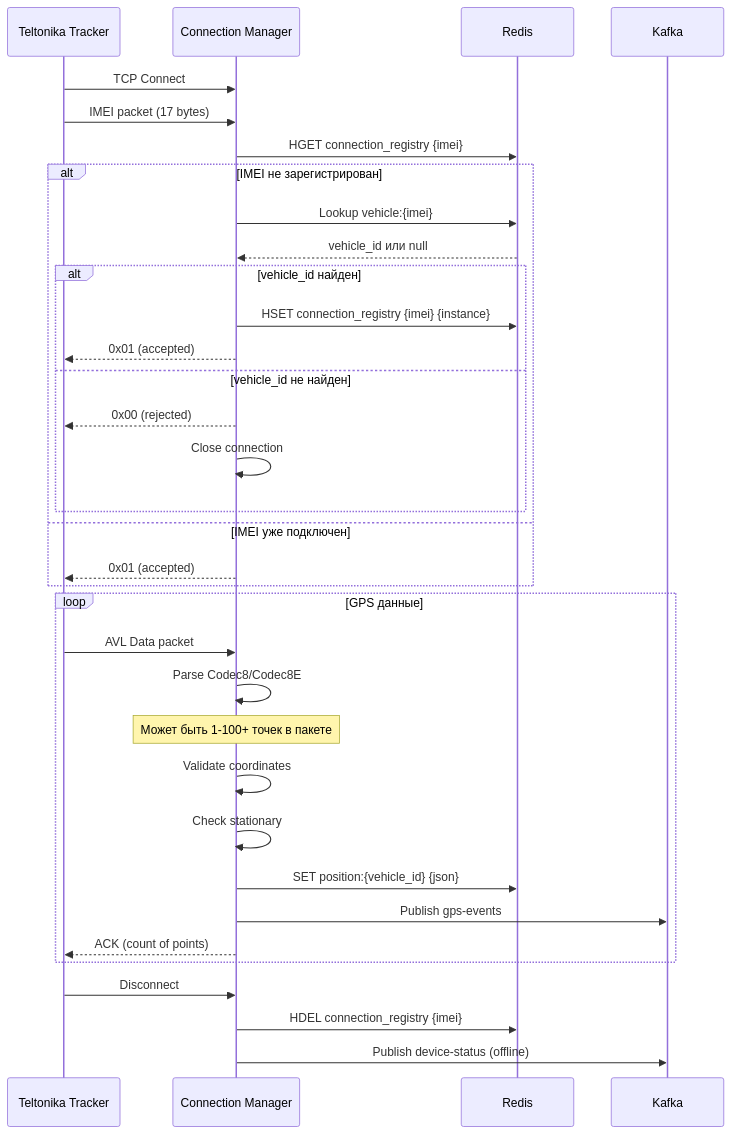
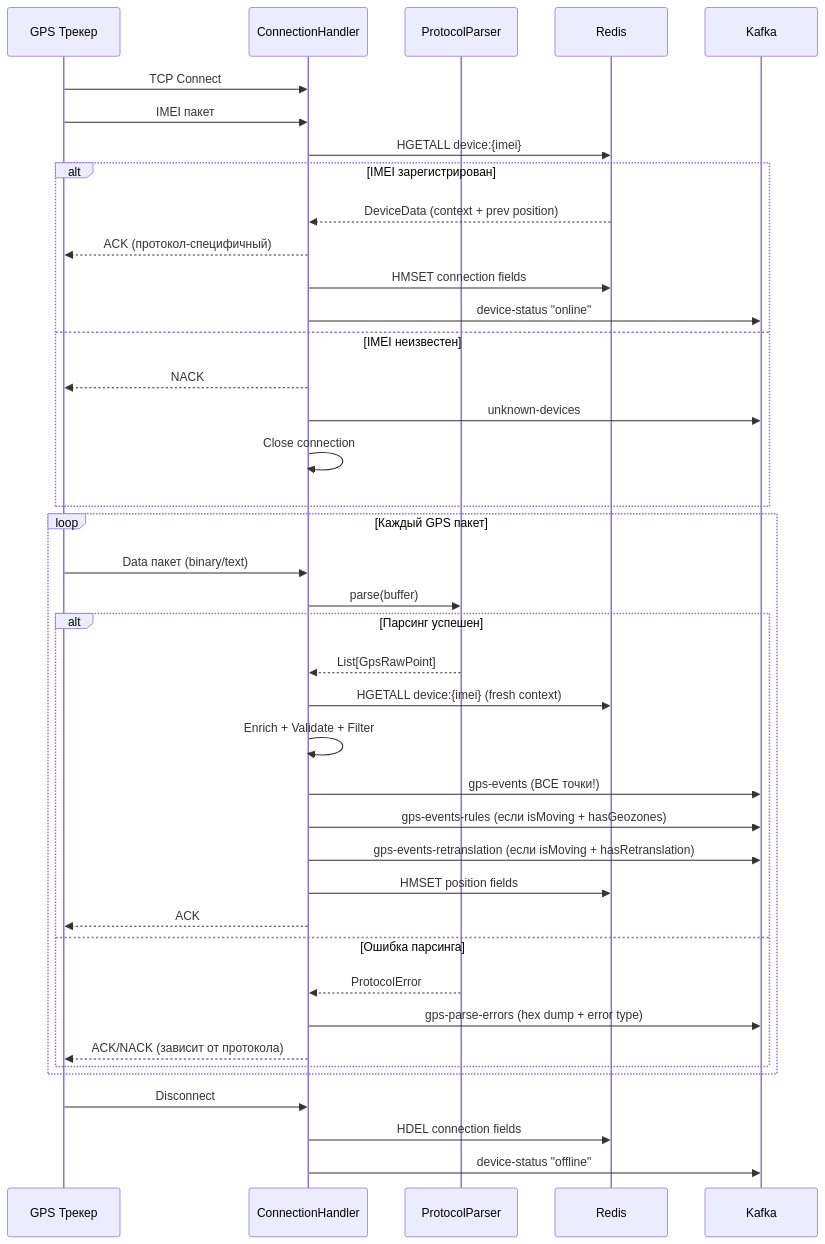
Before and after one commit to revarewerd/wayrecall-tracker-system: the second of 11 diagrams in docs/services/CONNECTION_MANAGER.md, drawn with Mermaid. The commit also changed other lines of this file and 606 other files, not shown here.

````diff
--- a/docs/services/CONNECTION_MANAGER.md
+++ b/docs/services/CONNECTION_MANAGER.md
@@ -311,40 +129,47 @@
 ```mermaid
 sequenceDiagram
-    participant T as Teltonika Tracker
-    participant CM as Connection Manager
+    participant T as GPS Трекер
+    participant CM as ConnectionHandler
+    participant P as ProtocolParser
     participant R as Redis
     participant K as Kafka
 
     T->>CM: TCP Connect
-    T->>CM: IMEI packet (17 bytes)
-    CM->>R: HGET connection_registry {imei}
+    T->>CM: IMEI пакет
+    CM->>R: HGETALL device:{imei}
     
-    alt IMEI не зарегистрирован
-        CM->>R: Lookup vehicle:{imei}
-        R-->>CM: vehicle_id или null
-        alt vehicle_id найден
-            CM->>R: HSET connection_registry {imei} {instance}
-            CM-->>T: 0x01 (accepted)
-        else vehicle_id не найден
-            CM-->>T: 0x00 (rejected)
-            CM->>CM: Close connection
-        end
-    else IMEI уже подключен
-        CM-->>T: 0x01 (accepted)
+    alt IMEI зарегистрирован
+        R-->>CM: DeviceData (context + prev position)
+        CM-->>T: ACK (протокол-специфичный)
+        CM->>R: HMSET connection fields
+        CM->>K: device-status "online"
+    else IMEI неизвестен
+        CM-->>T: NACK
+        CM->>K: unknown-devices
+        CM->>CM: Close connection
     end
 
-    loop GPS данные
-        T->>CM: AVL Data packet
-        CM->>CM: Parse Codec8/Codec8E
-        Note over CM: Может быть 1-100+ точек в пакете
-        CM->>CM: Validate coordinates
-        CM->>CM: Check stationary
-        CM->>R: SET position:{vehicle_id} {json}
-        CM->>K: Publish gps-events
-        CM-->>T: ACK (count of points)
+    loop Каждый GPS пакет
+        T->>CM: Data пакет (binary/text)
+        CM->>P: parse(buffer)
+        
+        alt Парсинг успешен
+            P-->>CM: List[GpsRawPoint]
+            CM->>R: HGETALL device:{imei} (fresh context)
+            CM->>CM: Enrich + Validate + Filter
+            CM->>K: gps-events (ВСЕ точки!)
+            CM->>K: gps-events-rules (если isMoving + hasGeozones)
+            CM->>K: gps-events-retranslation (если isMoving + hasRetranslation)
+            CM->>R: HMSET position fields
+            CM-->>T: ACK
+        else Ошибка парсинга
+            P-->>CM: ProtocolError
+            CM->>K: gps-parse-errors (hex dump + error type)
+            CM-->>T: ACK/NACK (зависит от протокола)
+        end
     end
 
     T->>CM: Disconnect
-    CM->>R: HDEL connection_registry {imei}
-    CM->>K: Publish device-status (offline)
+    CM->>R: HDEL connection fields
+    CM->>K: device-status "offline"
 ```
````
